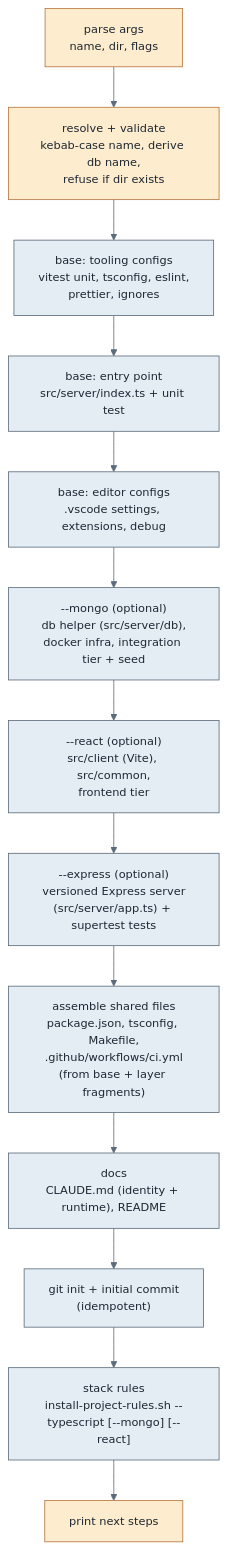
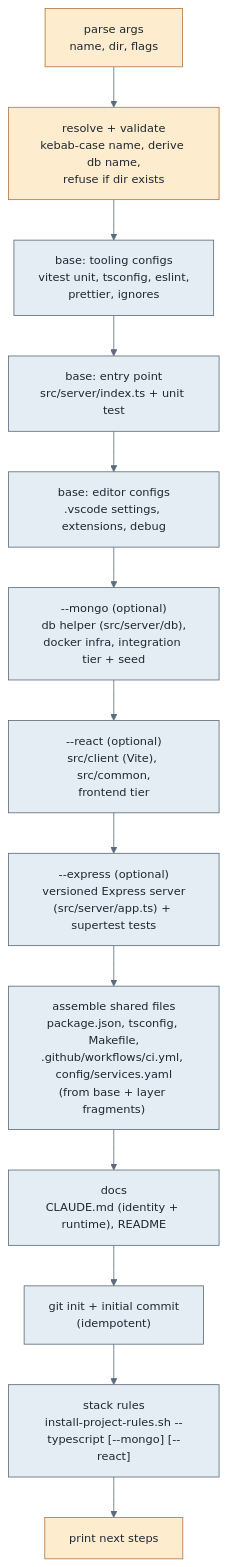
One commit to omerosaienni/agent-sdlc changed the second of 4 diagrams in docs/scripts.md. Above: the diagram before and after it, drawn with Mermaid. The commit also changed other lines of this file and 11 other files, not shown here.

````diff
--- a/docs/scripts.md
+++ b/docs/scripts.md
@@ -96,21 +101,21 @@
 ```mermaid
 %%{init: {'theme':'base','themeVariables':{'primaryColor':'#e4edf4','primaryTextColor':'#1d2733','primaryBorderColor':'#5b6b7a','lineColor':'#5b6b7a','fontSize':'14px'}}}%%
 flowchart TD
     args["parse args<br/>name, dir, flags"] --> resolve["resolve + validate<br/>kebab-case name, derive db name,<br/>refuse if dir exists"]
     resolve --> tooling["base: tooling configs<br/>vitest unit, tsconfig, eslint,<br/>prettier, ignores"]
     tooling --> entry["base: entry point<br/>src/server/index.ts + unit test"]
     entry --> editor["base: editor configs<br/>.vscode settings, extensions, debug"]
     editor --> mongo["--mongo (optional)<br/>db helper (src/server/db),<br/>docker infra, integration tier + seed"]
     mongo --> react["--react (optional)<br/>src/client (Vite), src/common,<br/>frontend tier"]
     react --> express["--express (optional)<br/>versioned Express server<br/>(src/server/app.ts) + supertest tests"]
-    express --> build["assemble shared files<br/>package.json, tsconfig, Makefile,<br/>.github/workflows/ci.yml<br/>(from base + layer fragments)"]
+    express --> build["assemble shared files<br/>package.json, tsconfig, Makefile,<br/>.github/workflows/ci.yml, config/services.yaml<br/>(from base + layer fragments)"]
     build --> docs["docs<br/>CLAUDE.md (identity + runtime), README"]
     docs --> git["git init + initial commit<br/>(idempotent)"]
     git --> rules["stack rules<br/>install-project-rules.sh --typescript [--mongo] [--react]"]
     rules --> done["print next steps"]
 
     classDef io fill:#fdeccd,stroke:#b8743d,color:#1d2733;
     classDef work fill:#e4edf4,stroke:#5b6b7a,color:#1d2733;
     class args,resolve,done io;
     class tooling,entry,editor,mongo,react,express,build,docs,git,rules work;
 ```
````
